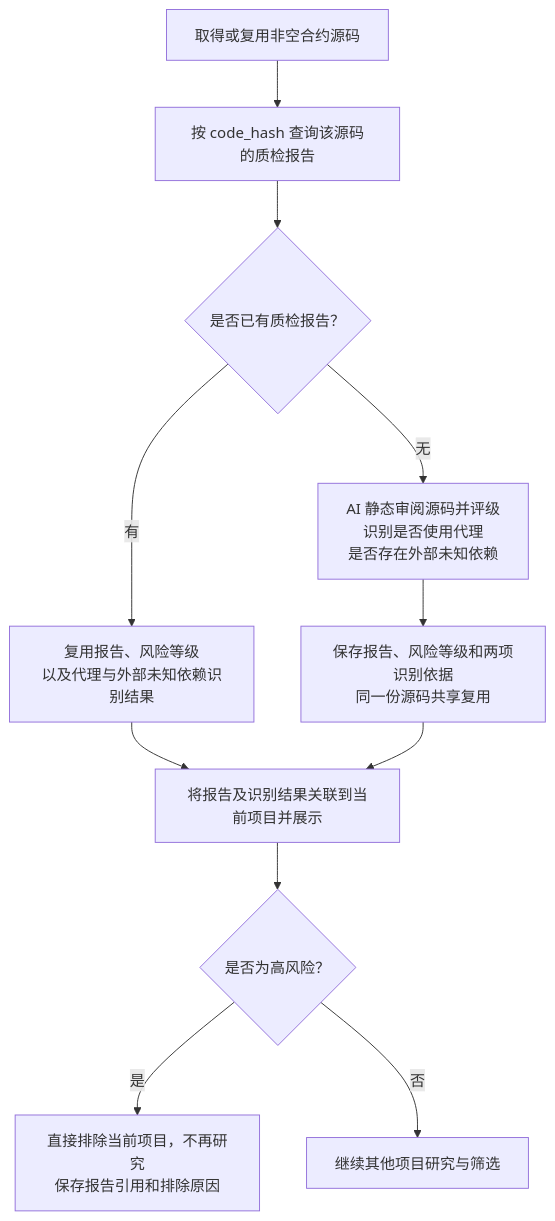
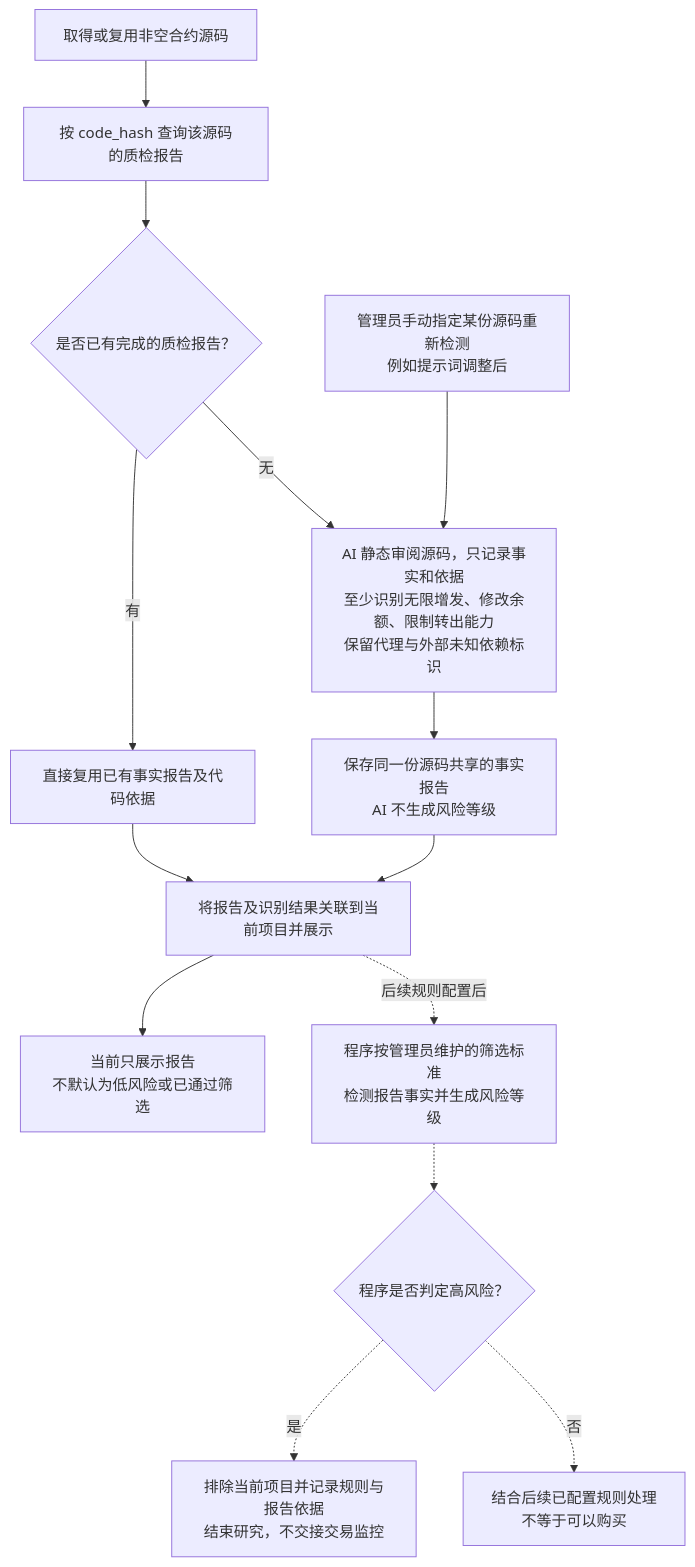
One commit to useryege/athena-o changed the diagram in docs/project/token-contract-review-flow.md. Above: the diagram before and after it, drawn with Mermaid. The commit also changed other lines of this file and 17 other files, not shown here.

````diff
--- a/docs/project/token-contract-review-flow.md
+++ b/docs/project/token-contract-review-flow.md
@@ -15,13 +15,16 @@
 ```mermaid
 flowchart TD
     A["取得或复用非空合约源码"] --> B["按 code_hash 查询该源码的质检报告"]
-    B --> C{"是否已有质检报告？"}
-    C -->|有| D["复用报告、风险等级<br/>以及代理与外部未知依赖识别结果"]
-    C -->|无| E["AI 静态审阅源码并评级<br/>识别是否使用代理<br/>是否存在外部未知依赖"]
-    E --> F["保存报告、风险等级和两项识别依据<br/>同一份源码共享复用"]
+    B --> C{"是否已有完成的质检报告？"}
+    C -->|有| D["直接复用已有事实报告及代码依据"]
+    C -->|无| E["AI 静态审阅源码，只记录事实和依据<br/>至少识别无限增发、修改余额、限制转出能力<br/>保留代理与外部未知依赖标识"]
+    ADMIN["管理员手动指定某份源码重新检测<br/>例如提示词调整后"] --> E
+    E --> F["保存同一份源码共享的事实报告<br/>AI 不生成风险等级"]
     D --> G["将报告及识别结果关联到当前项目并展示"]
     F --> G
-    G --> H{"是否为高风险？"}
-    H -->|是| I["直接排除当前项目，不再研究<br/>保存报告引用和排除原因"]
-    H -->|否| J["继续其他项目研究与筛选"]
+    G --> J["当前只展示报告<br/>不默认为低风险或已通过筛选"]
+    G -. 后续规则配置后 .-> RULES["程序按管理员维护的筛选标准<br/>检测报告事实并生成风险等级"]
+    RULES -.-> H{"程序是否判定高风险？"}
+    H -. 是 .-> I["排除当前项目并记录规则与报告依据<br/>结束研究，不交接交易监控"]
+    H -. 否 .-> OTHER["结合后续已配置规则处理<br/>不等于可以购买"]
 ```
````
